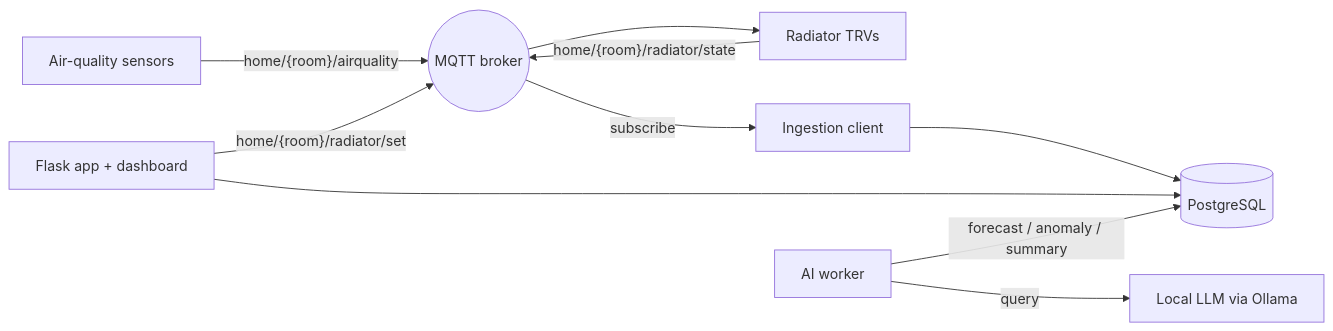
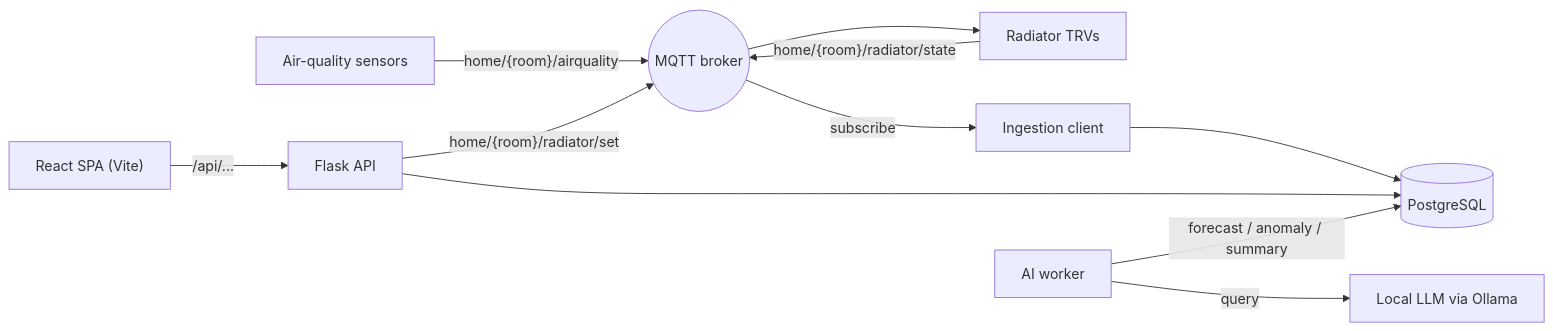
Before and after one commit to mudarshullar2/ventilation-optimization: the diagram in README.md, drawn with Mermaid. The commit also changed other lines of this file and 10 other files, not shown here.

Commit message:
feat: React frontend (Vite/TS/Tailwind), macOS UI, env-based DB config, renamed database, README update

````diff
--- a/README.md
+++ b/README.md
@@ -19,12 +13,13 @@
 ```mermaid
 flowchart LR
+    SPA["React SPA (Vite)"] -->|"/api/..."| APP["Flask API"]
     S["Air-quality sensors"] -->|"home/{room}/airquality"| B(("MQTT broker"))
     T["Radiator TRVs"] -->|"home/{room}/radiator/state"| B
     B -->|subscribe| M["Ingestion client"]
     M --> DB[("PostgreSQL")]
-    APP["Flask app + dashboard"] --> DB
+    APP --> DB
     APP -->|"home/{room}/radiator/set"| B
     B --> T
     W["AI worker"] -->|"forecast / anomaly / summary"| DB
     W -->|query| OL["Local LLM via Ollama"]
 ```
````
